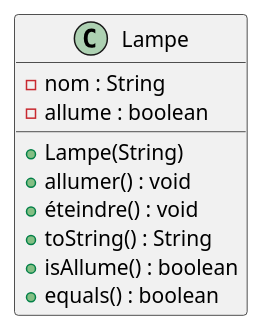
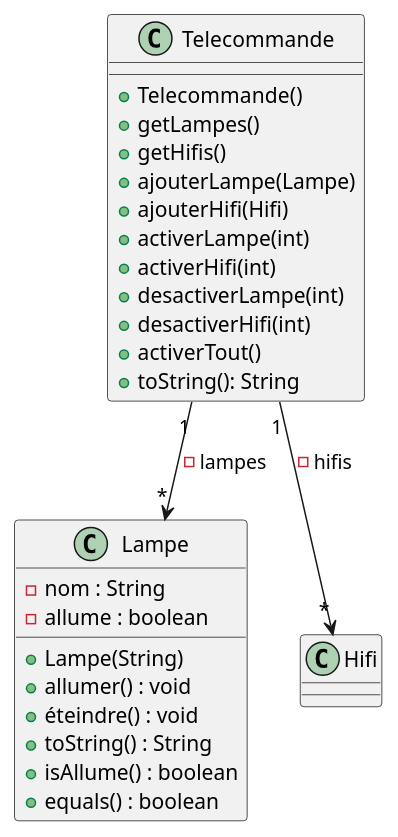
One commit to alannMonnier/2023_domotique_monnierb2u_segard6u changed the diagram in domotique/domotique.puml. Above: the diagram before and after it, drawn with PlantUML. The commit also changed 1 other file, not shown here.

Commit message:
UML Telecommande

```diff
--- a/domotique/domotique.puml
+++ b/domotique/domotique.puml
@@ -1,15 +1,35 @@
 @startuml
 'https://plantuml.com/sequence-diagram
 '''classes
 class Lampe{
 -nom : String
 -allume : boolean
 +Lampe(String)
 +allumer() : void
 +éteindre() : void
 +toString() : String
 +isAllume() : boolean
 +equals() : boolean
 }
+
+class Telecommande{
++ Telecommande()
++ getLampes()
++ getHifis()
++ ajouterLampe(Lampe)
++ ajouterHifi(Hifi)
++ activerLampe(int)
++ activerHifi(int)
++ desactiverLampe(int)
++ desactiverHifi(int)
++ activerTout()
++ toString(): String
+
+
+}
 '''relations
+Telecommande "1" --> "*"Lampe: -lampes
+Telecommande "1" --> "*"Hifi: -hifis
+
+
 @enduml
```
